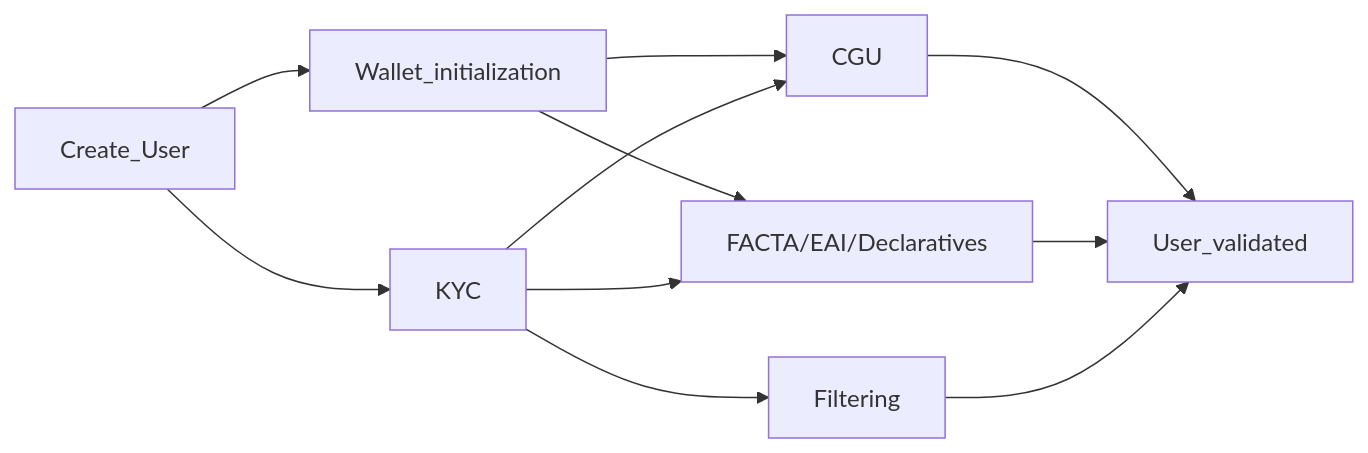
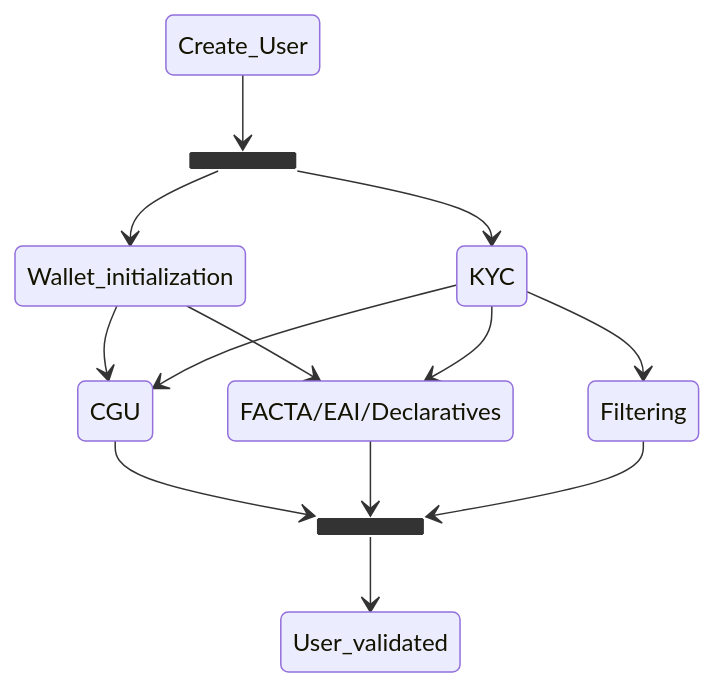
The third of 5 diagrams in docs/usecases/users/onboarding/user_onboarding.md (pomme-clic/s-money-documentation), drawn with Mermaid before and after one commit. The commit also changed other lines of this file and 2 other files, not shown here.

````diff
--- a/docs/usecases/users/onboarding/user_onboarding.md
+++ b/docs/usecases/users/onboarding/user_onboarding.md
@@ -63,13 +66,19 @@
 ```mermaid
-flowchart LR
-	Create_User --> KYC
-	Create_User --> Wallet_initialization
+stateDiagram
+state fork_state1 <<fork>>
+state fork_state2 <<fork>>
+
+	Create_User --> fork_state1
+	fork_state1 --> KYC
+	fork_state1 --> Wallet_initialization 
+
 	Wallet_initialization  --> CGU
 	Wallet_initialization  --> FACTA/EAI/Declaratives
 	KYC --> CGU 
 	KYC --> FACTA/EAI/Declaratives
 	KYC --> Filtering
-	CGU --> User_validated
-	FACTA/EAI/Declaratives --> User_validated
-	Filtering --> User_validated
+	CGU --> fork_state2
+	FACTA/EAI/Declaratives --> fork_state2
+	Filtering --> fork_state2
+	fork_state2 --> User_validated
 ```
````
